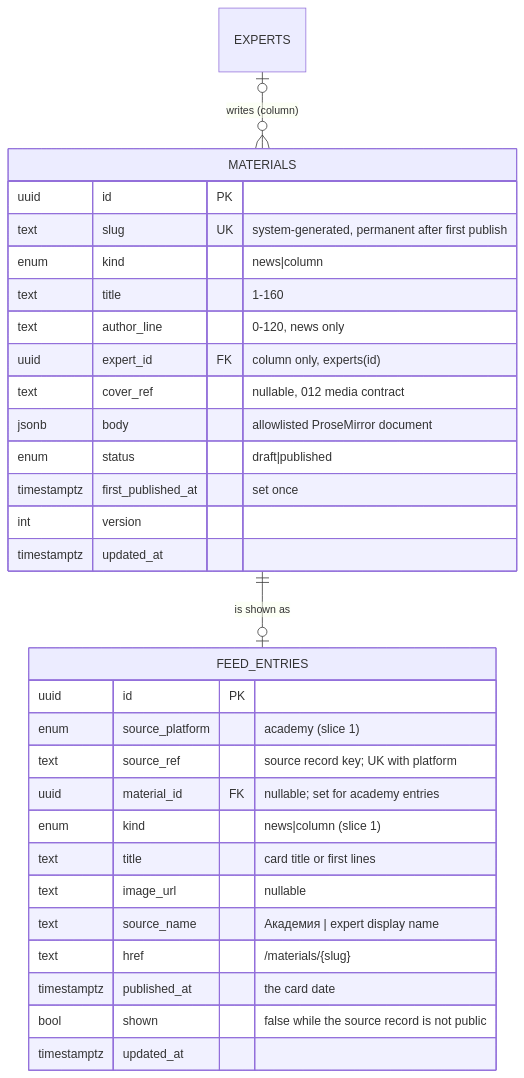
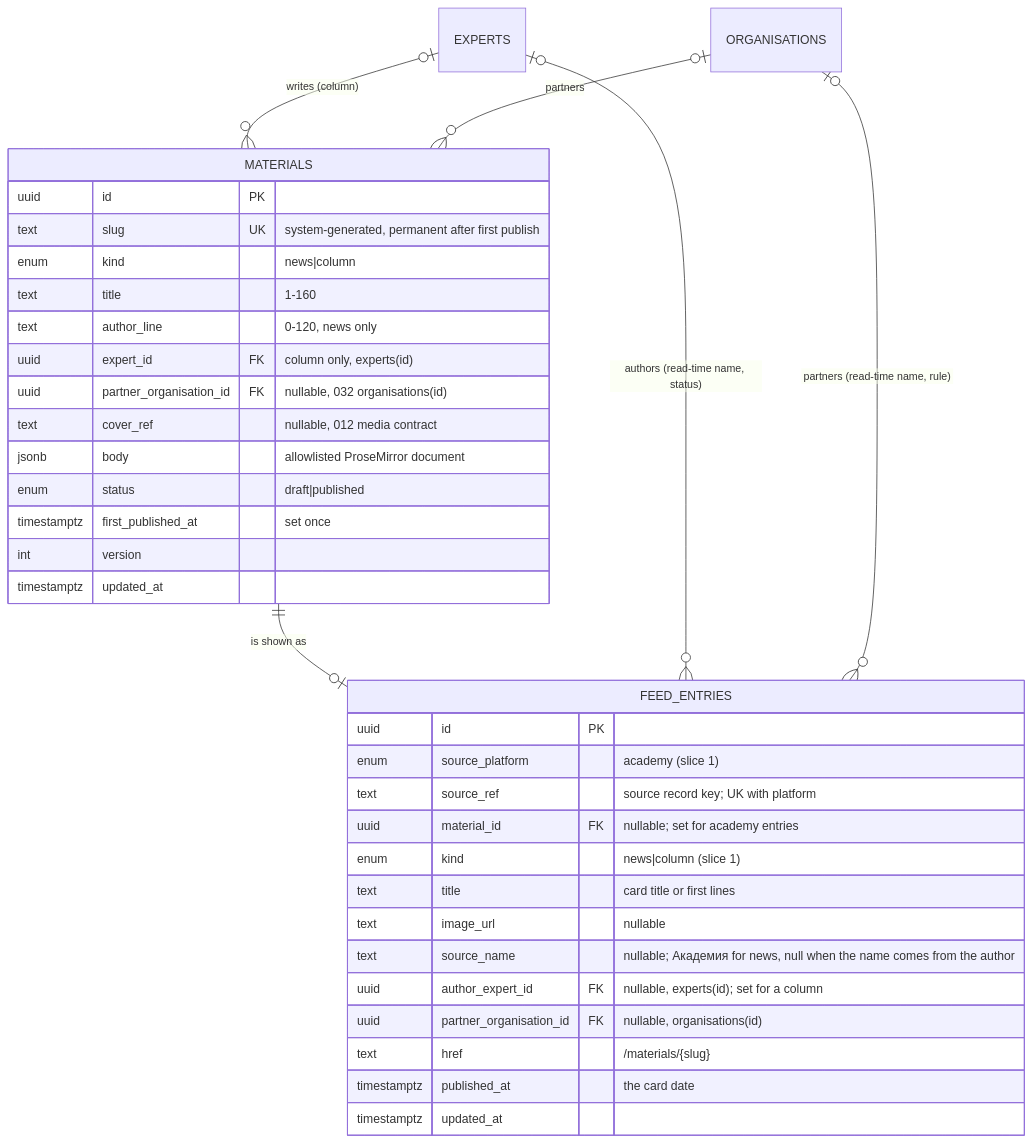
Before and after one commit to doctor-school/ds-platform: the first of 4 diagrams in apps/docs/content/specs/features/048-materials-feed/048-design.md, drawn with Mermaid. The commit also changed other lines of this file and 4 other files, not shown here.

First line of the commit message:
docs(3403): 048 slice 1 — partner mark from the 032 registry, read-time expert, capability row

````diff
--- a/apps/docs/content/specs/features/048-materials-feed/048-design.md
+++ b/apps/docs/content/specs/features/048-materials-feed/048-design.md
@@ -43,33 +44,38 @@
 ```mermaid
 erDiagram
   MATERIALS ||--o| FEED_ENTRIES : "is shown as"
   EXPERTS |o--o{ MATERIALS : "writes (column)"
+  ORGANISATIONS |o--o{ MATERIALS : "partners"
+  EXPERTS |o--o{ FEED_ENTRIES : "authors (read-time name, status)"
+  ORGANISATIONS |o--o{ FEED_ENTRIES : "partners (read-time name, rule)"
   MATERIALS {
     uuid id PK
     text slug UK "system-generated, permanent after first publish"
     enum kind "news|column"
     text title "1-160"
     text author_line "0-120, news only"
     uuid expert_id FK "column only, experts(id)"
+    uuid partner_organisation_id FK "nullable, 032 organisations(id)"
     text cover_ref "nullable, 012 media contract"
     jsonb body "allowlisted ProseMirror document"
     enum status "draft|published"
     timestamptz first_published_at "set once"
     int version
     timestamptz updated_at
   }
   FEED_ENTRIES {
     uuid id PK
     enum source_platform "academy (slice 1)"
     text source_ref "source record key; UK with platform"
     uuid material_id FK "nullable; set for academy entries"
     enum kind "news|column (slice 1)"
     text title "card title or first lines"
     text image_url "nullable"
-    text source_name "Академия | expert display name"
+    text source_name "nullable; Академия for news, null when the name comes from the author"
+    uuid author_expert_id FK "nullable, experts(id); set for a column"
+    uuid partner_organisation_id FK "nullable, organisations(id)"
     text href "/materials/{slug}"
     timestamptz published_at "the card date"
-    bool shown "false while the source record is not public"
     timestamptz updated_at
   }
 ```
````
